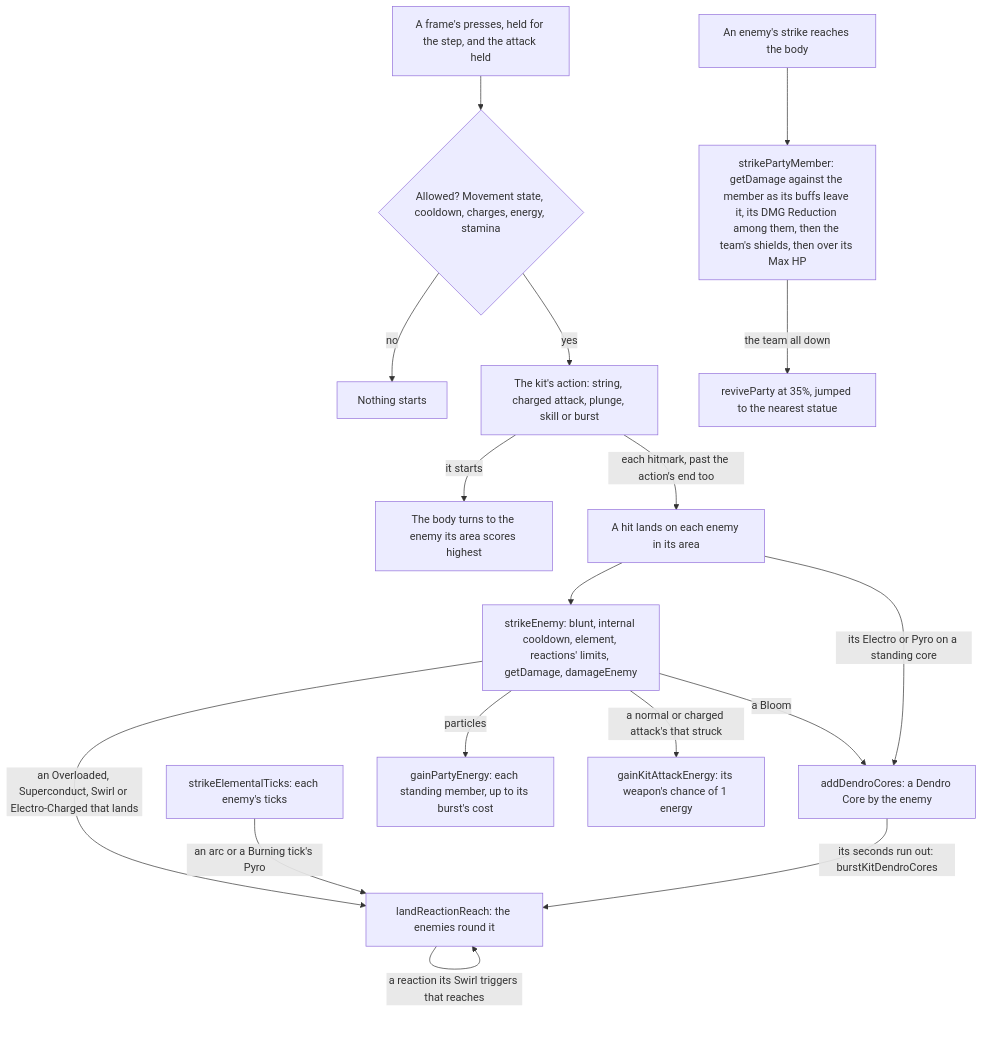
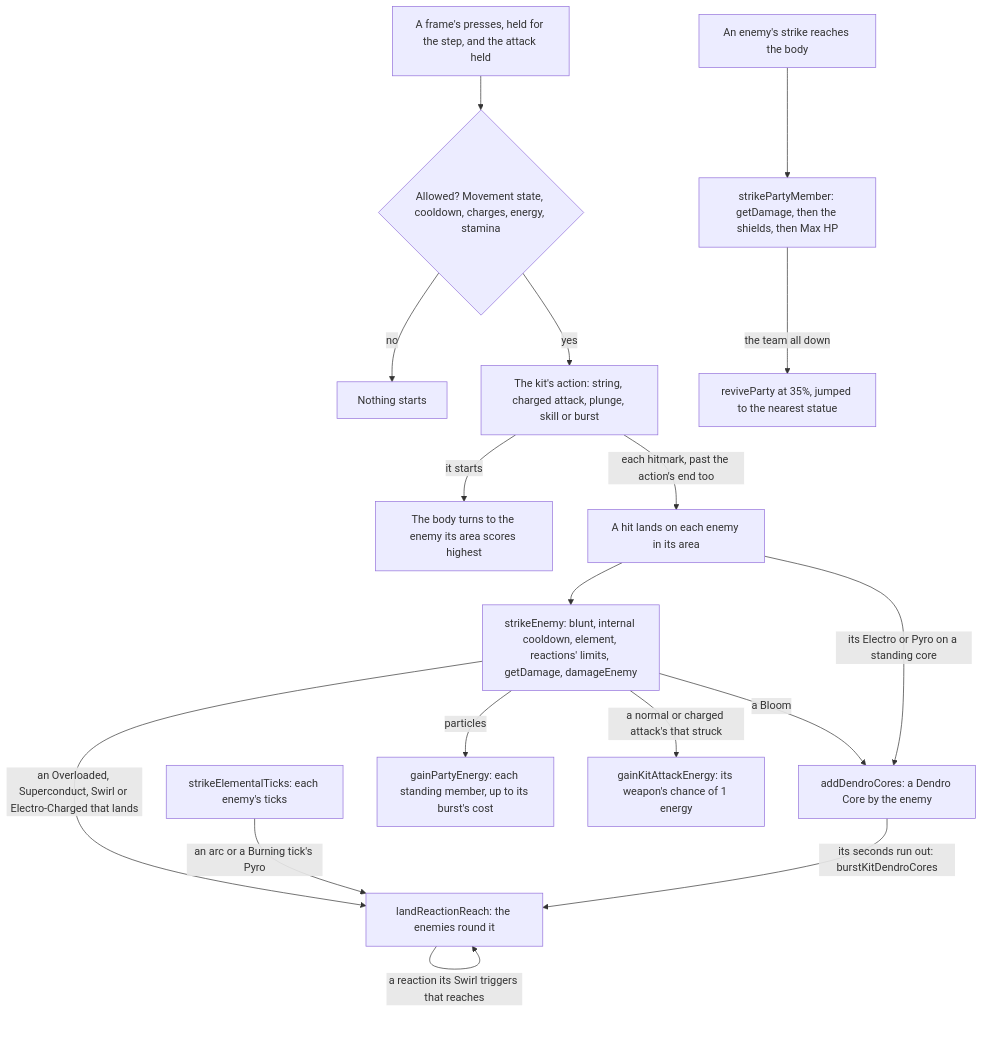
The second of 2 diagrams in openspec/specs/genshin/combat/design.md (Esposter/Esposter), drawn with Mermaid before and after one commit. The commit also changed 6 other files, not shown here.

First line of the commit message:
docs(openspec): the diagram labels name a procedure and one qualifier

````diff
--- a/openspec/specs/genshin/combat/design.md
+++ b/openspec/specs/genshin/combat/design.md
@@ -137,19 +137,19 @@
 ```mermaid
 flowchart TD
   PRESS["A frame's presses, held for the step, and the attack held"] --> GATE{"Allowed? Movement state, cooldown, charges, energy, stamina"}
   GATE -->|"no"| IDLE["Nothing starts"]
   GATE -->|"yes"| ACTION["The kit's action: string, charged attack, plunge, skill or burst"]
   ACTION -->|"it starts"| AIM["The body turns to the enemy its area scores highest"]
   ACTION -->|"each hitmark, past the action's end too"| HIT["A hit lands on each enemy in its area"]
   HIT --> STRIKE["strikeEnemy: blunt, internal cooldown, element, reactions' limits, getDamage, damageEnemy"]
   STRIKE -->|"an Overloaded, Superconduct, Swirl or Electro-Charged that lands"| REACH["landReactionReach: the enemies round it"]
   REACH -->|"a reaction its Swirl triggers that reaches"| REACH
   TICKS["strikeElementalTicks: each enemy's ticks"] -->|"an arc or a Burning tick's Pyro"| REACH
   STRIKE -->|"a Bloom"| CORE["addDendroCores: a Dendro Core by the enemy"]
   HIT -->|"its Electro or Pyro on a standing core"| CORE
   CORE -->|"its seconds run out: burstKitDendroCores"| REACH
   STRIKE -->|"particles"| ENERGY["gainPartyEnergy: each standing member, up to its burst's cost"]
   STRIKE -->|"a normal or charged attack's that struck"| ATTACK_ENERGY["gainKitAttackEnergy: its weapon's chance of 1 energy"]
-  ENEMY["An enemy's strike reaches the body"] --> HURT["strikePartyMember: getDamage against the member as its buffs leave it, its DMG Reduction among them, then the team's shields, then over its Max HP"]
+  ENEMY["An enemy's strike reaches the body"] --> HURT["strikePartyMember: getDamage, then the shields, then Max HP"]
   HURT -->|"the team all down"| RESPAWN["reviveParty at 35%, jumped to the nearest statue"]
 ```
````
